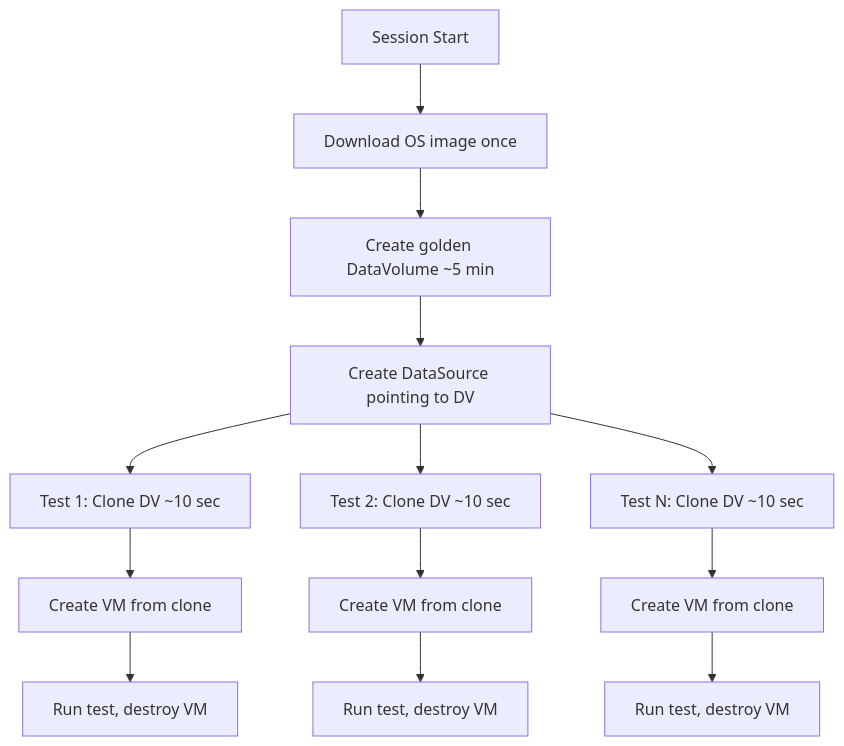
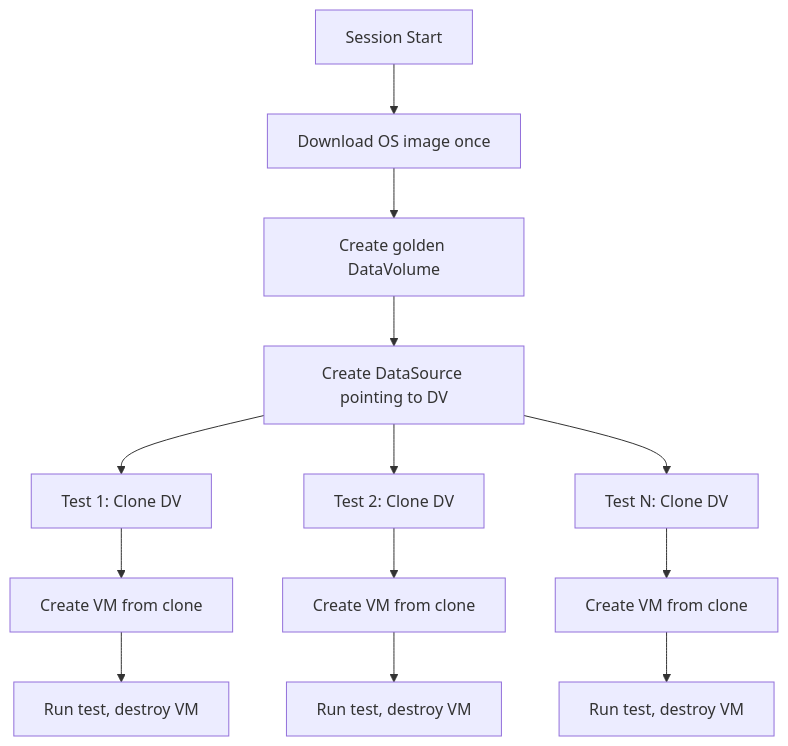
Before and after one commit to rnetser/openshift-virtualization-tests: the first of 2 diagrams in docs/flows/GOLDEN_IMAGE.md, drawn with Mermaid. The commit also changed other lines of this file and 7 other files, not shown here.

First line of the commit message:
docs: rewrite flow docs as repo-wide, remove onboarding docs

````diff
--- a/docs/flows/GOLDEN_IMAGE.md
+++ b/docs/flows/GOLDEN_IMAGE.md
@@ -5,18 +8,18 @@
 ```mermaid
 flowchart TD
     A[Session Start] --> B[Download OS image once]
-    B --> C[Create golden DataVolume ~5 min]
+    B --> C[Create golden DataVolume]
     C --> D[Create DataSource pointing to DV]
 
-    D --> E1[Test 1: Clone DV ~10 sec]
-    D --> E2[Test 2: Clone DV ~10 sec]
-    D --> E3[Test N: Clone DV ~10 sec]
+    D --> E1[Test 1: Clone DV]
+    D --> E2[Test 2: Clone DV]
+    D --> E3[Test N: Clone DV]
 
     E1 --> F1[Create VM from clone]
     E2 --> F2[Create VM from clone]
     E3 --> F3[Create VM from clone]
 
     F1 --> G1[Run test, destroy VM]
     F2 --> G2[Run test, destroy VM]
     F3 --> G3[Run test, destroy VM]
 ```
````
